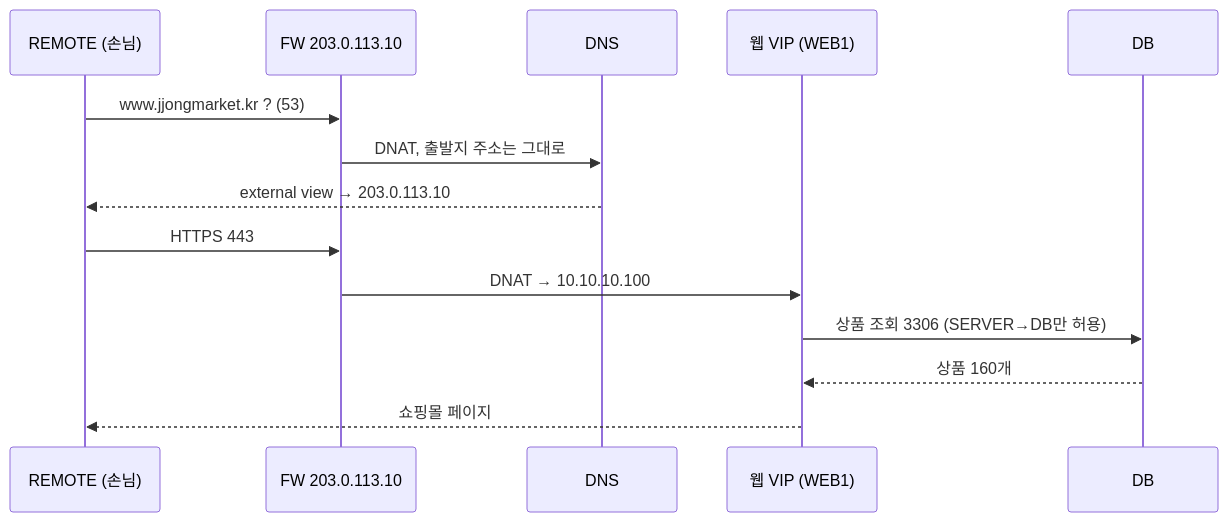
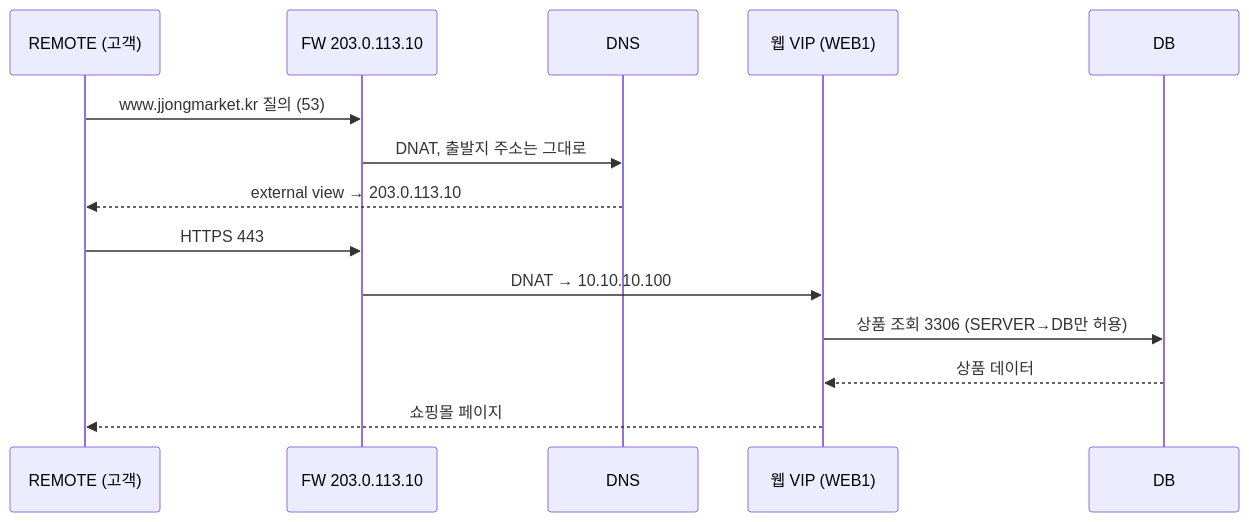
One commit to jongwooish/Server changed the first of 2 diagrams in JJongMarket-IDC-Lab/README.md. Above: the diagram before and after it, drawn with Mermaid. The commit also changed other lines of this file, not shown here.

````diff
--- a/JJongMarket-IDC-Lab/README.md
+++ b/JJongMarket-IDC-Lab/README.md
@@ -88,16 +68,16 @@
 ```mermaid
 sequenceDiagram
-    participant R as REMOTE (손님)
+    participant R as REMOTE (고객)
     participant F as FW 203.0.113.10
     participant D as DNS
     participant W as 웹 VIP (WEB1)
     participant B as DB
-    R->>F: www.jjongmarket.kr ? (53)
+    R->>F: www.jjongmarket.kr 질의 (53)
     F->>D: DNAT, 출발지 주소는 그대로
     D-->>R: external view → 203.0.113.10
     R->>F: HTTPS 443
     F->>W: DNAT → 10.10.10.100
     W->>B: 상품 조회 3306 (SERVER→DB만 허용)
-    B-->>W: 상품 160개
+    B-->>W: 상품 데이터
     W-->>R: 쇼핑몰 페이지
 ```
````
